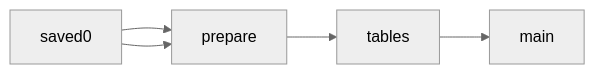
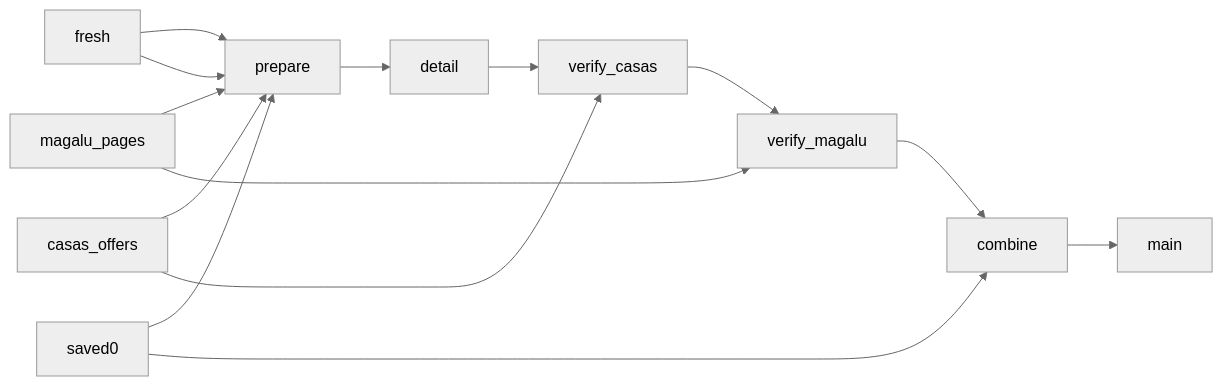
One commit to jsonifyco/public-datasets changed the diagram in datasets/brazil-brand-sku-audit-sample-2864ef4fa9cb/README.md. Above: the diagram before and after it, drawn with Mermaid (neutral theme). The commit also changed other lines of this file and 3 other files, not shown here.

````diff
--- a/datasets/brazil-brand-sku-audit-sample-2864ef4fa9cb/README.md
+++ b/datasets/brazil-brand-sku-audit-sample-2864ef4fa9cb/README.md
@@ -64,11 +66,26 @@
 ```mermaid
 flowchart LR
-  n0["saved0"]
-  n1["prepare"]
-  n2["tables"]
-  n3["main"]
-  n1 --> n2
-  n2 --> n3
-  n0 --> n1
-  n0 --> n1
+  n0["fresh"]
+  n1["magalu#95;pages"]
+  n2["casas#95;offers"]
+  n3["saved0"]
+  n4["prepare"]
+  n5["detail"]
+  n6["verify#95;casas"]
+  n7["verify#95;magalu"]
+  n8["combine"]
+  n9["main"]
+  n4 --> n5
+  n5 --> n6
+  n6 --> n7
+  n7 --> n8
+  n8 --> n9
+  n0 --> n4
+  n1 --> n4
+  n2 --> n4
+  n3 --> n4
+  n0 --> n4
+  n2 --> n6
+  n1 --> n7
+  n3 --> n8
 ```
````
